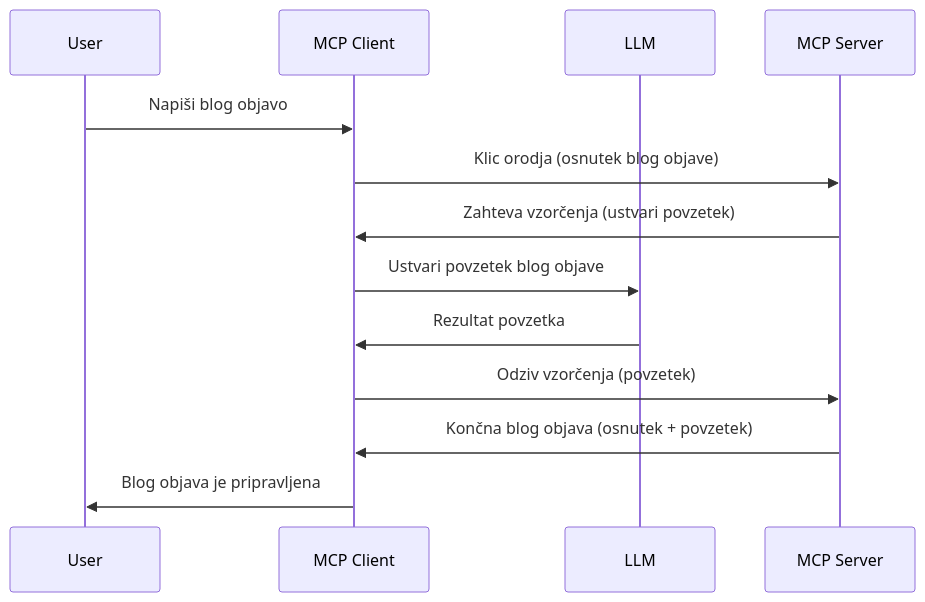
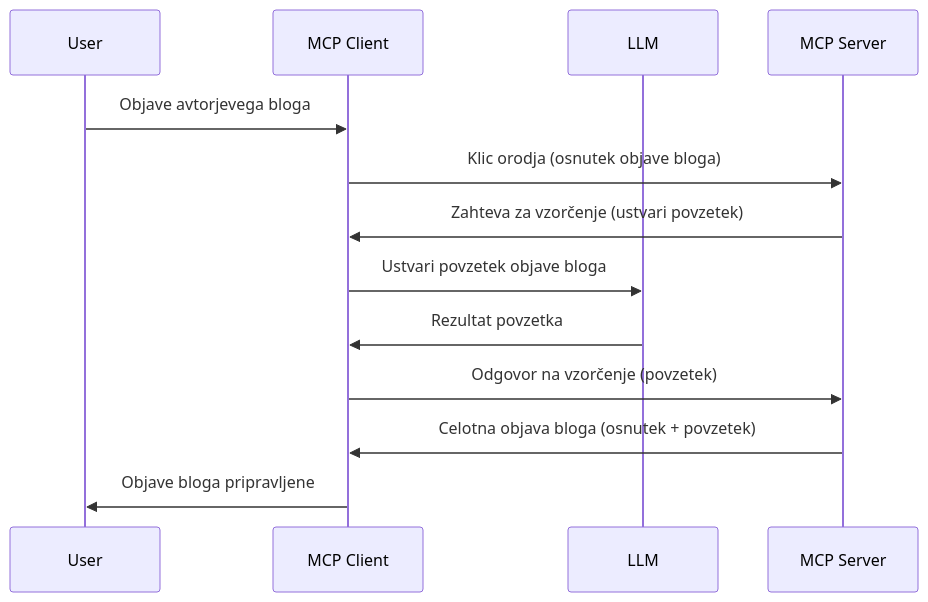
One commit to HIDORAKAI002/ai-workspace-archive changed the diagram in mcp_ecosystem__model_context_protocol/mcp_learning_resources/mcp-for-beginners/translations/sl/03-GettingStarted/14-sampling/README.md. Above: the diagram before and after it, drawn with Mermaid. The commit also changed other lines of this file and 1046 other files, not shown here.

````diff
--- a/mcp_ecosystem__model_context_protocol/mcp_learning_resources/mcp-for-beginners/translations/sl/03-GettingStarted/14-sampling/README.md
+++ b/mcp_ecosystem__model_context_protocol/mcp_learning_resources/mcp-for-beginners/translations/sl/03-GettingStarted/14-sampling/README.md
@@ -23,16 +25,16 @@
 ```mermaid
 sequenceDiagram
     participant User
     participant MCP Client
     participant LLM
     participant MCP Server
 
-    User->>MCP Client: Napiši blog objavo
-    MCP Client->>MCP Server: Klic orodja (osnutek blog objave)
-    MCP Server->>MCP Client: Zahteva vzorčenja (ustvari povzetek)
-    MCP Client->>LLM: Ustvari povzetek blog objave
+    User->>MCP Client: Objave avtorjevega bloga
+    MCP Client->>MCP Server: Klic orodja (osnutek objave bloga)
+    MCP Server->>MCP Client: Zahteva za vzorčenje (ustvari povzetek)
+    MCP Client->>LLM: Ustvari povzetek objave bloga
     LLM->>MCP Client: Rezultat povzetka
-    MCP Client->>MCP Server: Odziv vzorčenja (povzetek)
-    MCP Server->>MCP Client: Končna blog objava (osnutek + povzetek)
-    MCP Client->>User: Blog objava je pripravljena
+    MCP Client->>MCP Server: Odgovor na vzorčenje (povzetek)
+    MCP Server->>MCP Client: Celotna objava bloga (osnutek + povzetek)
+    MCP Client->>User: Objave bloga pripravljene
 ```
````
